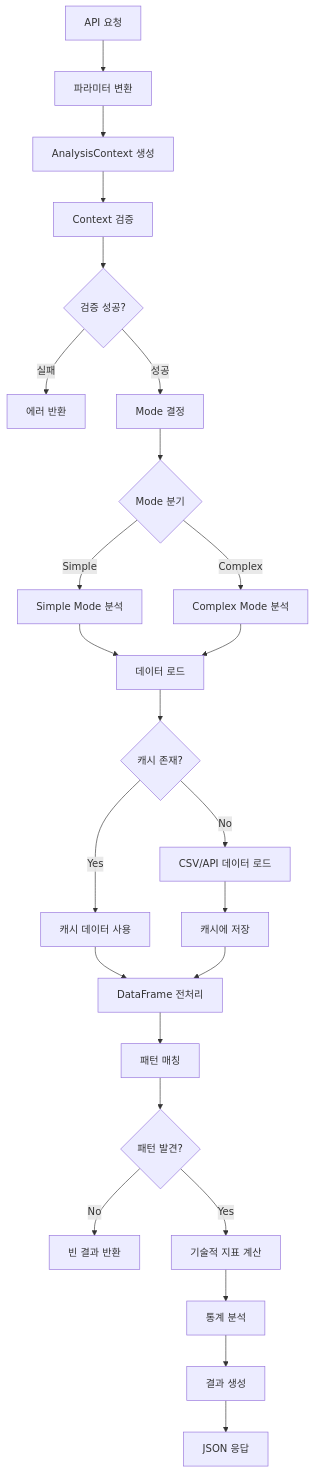
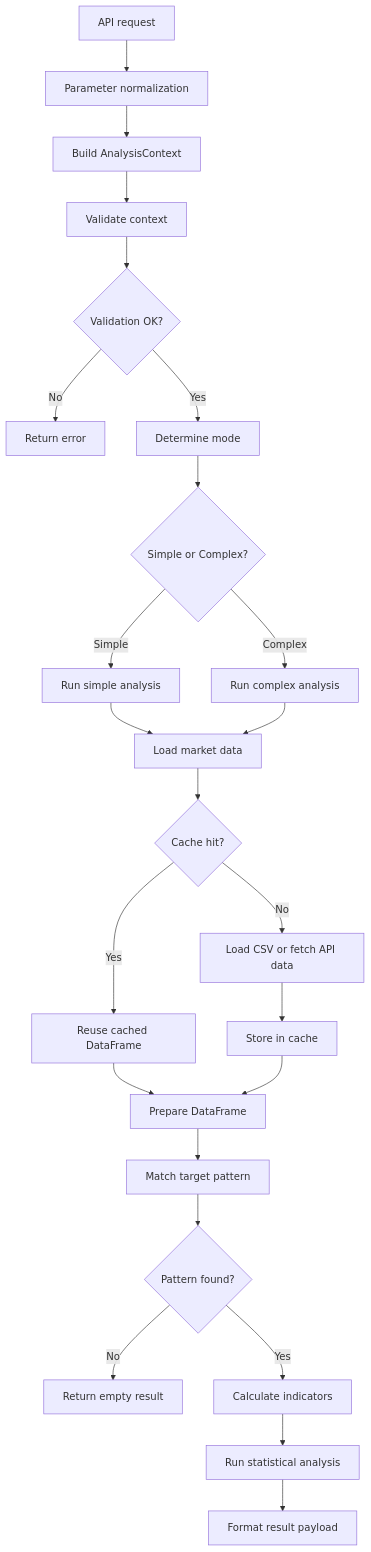
The diagram in docs/STREAK_ANALYSIS_FLOW.md (alfredcho91-ux/Quant-Lab), drawn with Mermaid before and after one commit. The commit also changed other lines of this file and 10 other files, not shown here.

````diff
--- a/docs/STREAK_ANALYSIS_FLOW.md
+++ b/docs/STREAK_ANALYSIS_FLOW.md
@@ -11,27 +13,26 @@
 ```mermaid
-flowchart TD
-    A[API 요청] --> B[파라미터 변환]
-    B --> C[AnalysisContext 생성]
-    C --> D[Context 검증]
-    D --> E{검증 성공?}
-    E -->|실패| F[에러 반환]
-    E -->|성공| G[Mode 결정]
-    G --> H{Mode 분기}
-    H -->|Simple| I[Simple Mode 분석]
-    H -->|Complex| J[Complex Mode 분석]
-    I --> K[데이터 로드]
+graph TD
+    A["API request"] --> B["Parameter normalization"]
+    B --> C["Build AnalysisContext"]
+    C --> D["Validate context"]
+    D --> E{"Validation OK?"}
+    E -->|No| F["Return error"]
+    E -->|Yes| G["Determine mode"]
+    G --> H{"Simple or Complex?"}
+    H -->|Simple| I["Run simple analysis"]
+    H -->|Complex| J["Run complex analysis"]
+    I --> K["Load market data"]
     J --> K
-    K --> L{캐시 존재?}
-    L -->|Yes| M[캐시 데이터 사용]
-    L -->|No| N[CSV/API 데이터 로드]
-    N --> O[캐시에 저장]
-    M --> P[DataFrame 전처리]
+    K --> L{"Cache hit?"}
+    L -->|Yes| M["Reuse cached DataFrame"]
+    L -->|No| N["Load CSV or fetch API data"]
+    N --> O["Store in cache"]
+    M --> P["Prepare DataFrame"]
     O --> P
-    P --> Q[패턴 매칭]
-    Q --> R{패턴 발견?}
-    R -->|No| S[빈 결과 반환]
-    R -->|Yes| T[기술적 지표 계산]
-    T --> U[통계 분석]
-    U --> V[결과 생성]
-    V --> W[JSON 응답]
+    P --> Q["Match target pattern"]
+    Q --> R{"Pattern found?"}
+    R -->|No| S["Return empty result"]
+    R -->|Yes| T["Calculate indicators"]
+    T --> U["Run statistical analysis"]
+    U --> V["Format result payload"]
 ```
````
